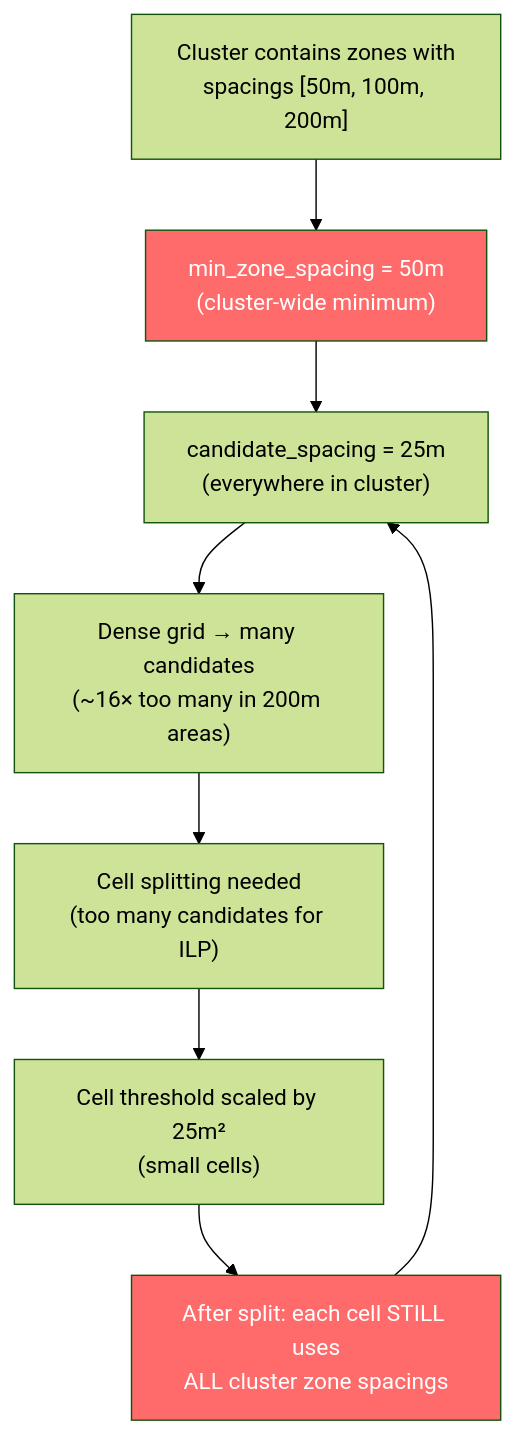
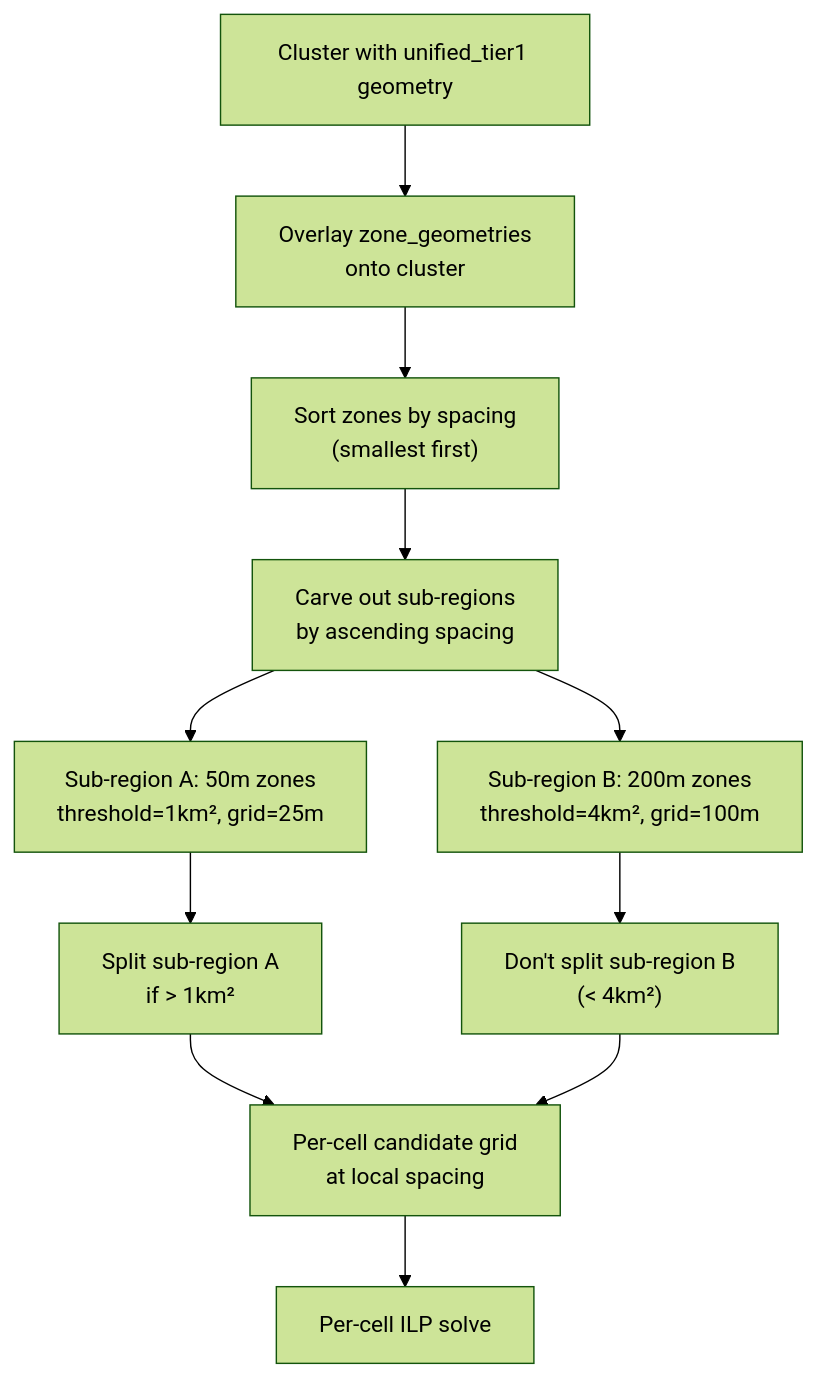
Before and after one commit to carlos51599/Gap_Analysis_EC7: the diagram in _reports/czrc_circular_dependency_analysis.md, drawn with Mermaid (forest theme). The commit also changed other lines of this file, not shown here.

First line of the commit message:
analysis: expanded with cell sizing, Third Pass cascading, and clearer English

````diff
--- a/_reports/czrc_circular_dependency_analysis.md
+++ b/_reports/czrc_circular_dependency_analysis.md
@@ -29,13 +140,13 @@
 ```mermaid
-graph TD
-    A["Cluster contains zones with<br/>spacings [50m, 100m, 200m]"] --> B["min_zone_spacing = 50m<br/>(cluster-wide minimum)"]
-    B --> C["candidate_spacing = 25m<br/>(everywhere in cluster)"]
-    C --> D["Dense grid → many candidates<br/>(~16× too many in 200m areas)"]
-    D --> E["Cell splitting needed<br/>(too many candidates for ILP)"]
-    E --> F["Cell threshold scaled by 25m²<br/>(small cells)"]
-    F --> G["After split: each cell STILL uses<br/>ALL cluster zone spacings"]
-    G --> C
-    
-    style B fill:#ff6b6b,color:#fff
-    style G fill:#ff6b6b,color:#fff
+flowchart TD
+    A["Cluster with unified_tier1 geometry"] --> B["Overlay zone_geometries<br/>onto cluster"]
+    B --> C["Sort zones by spacing<br/>(smallest first)"]
+    C --> D["Carve out sub-regions<br/>by ascending spacing"]
+    D --> E["Sub-region A: 50m zones<br/>threshold=1km², grid=25m"]
+    D --> F["Sub-region B: 200m zones<br/>threshold=4km², grid=100m"]
+    E --> G["Split sub-region A<br/>if > 1km²"]
+    F --> H["Don't split sub-region B<br/>(< 4km²)"]
+    G --> I["Per-cell candidate grid<br/>at local spacing"]
+    H --> I
+    I --> J["Per-cell ILP solve"]
 ```
````
